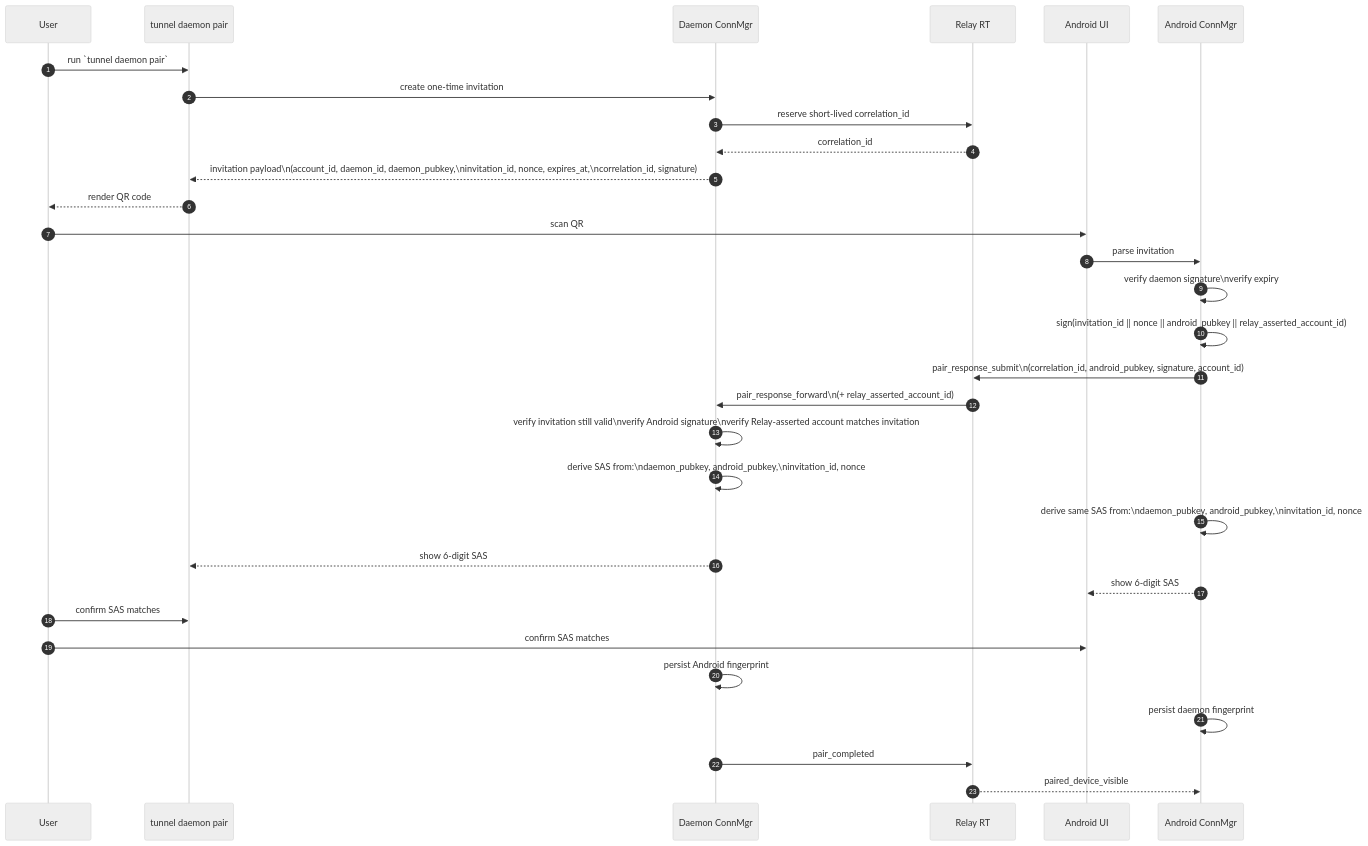
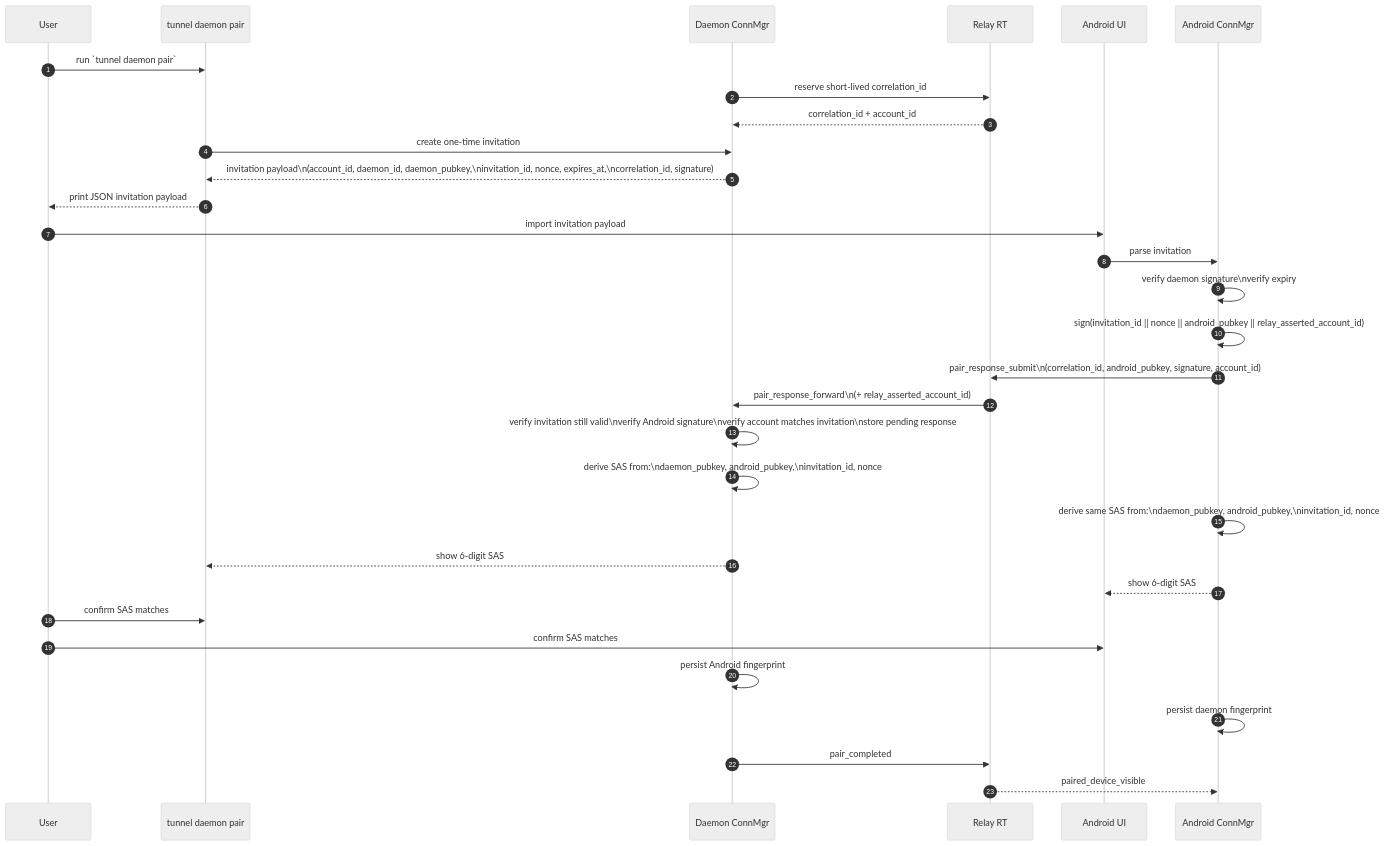
Before and after one commit to yuanbohan/agent-tunnel: the second of 8 diagrams in docs/connectivity/reference/sequence-flows.md, drawn with Mermaid (neutral theme). The commit also changed 77 other files, not shown here.

````diff
--- a/docs/connectivity/reference/sequence-flows.md
+++ b/docs/connectivity/reference/sequence-flows.md
@@ -58,38 +58,38 @@
 ```mermaid
 sequenceDiagram
     autonumber
     participant User
     participant DaemonCLI as tunnel daemon pair
     participant DaemonConn as Daemon ConnMgr
     participant RelayRT as Relay RT
     participant AndroidUI as Android UI
     participant AndroidConn as Android ConnMgr
 
     User->>DaemonCLI: run `tunnel daemon pair`
+    DaemonConn->>RelayRT: reserve short-lived correlation_id
+    RelayRT-->>DaemonConn: correlation_id + account_id
     DaemonCLI->>DaemonConn: create one-time invitation
-    DaemonConn->>RelayRT: reserve short-lived correlation_id
-    RelayRT-->>DaemonConn: correlation_id
     DaemonConn-->>DaemonCLI: invitation payload\n(account_id, daemon_id, daemon_pubkey,\ninvitation_id, nonce, expires_at,\ncorrelation_id, signature)
-    DaemonCLI-->>User: render QR code
+    DaemonCLI-->>User: print JSON invitation payload
 
-    User->>AndroidUI: scan QR
+    User->>AndroidUI: import invitation payload
     AndroidUI->>AndroidConn: parse invitation
     AndroidConn->>AndroidConn: verify daemon signature\nverify expiry
     AndroidConn->>AndroidConn: sign(invitation_id || nonce || android_pubkey || relay_asserted_account_id)
     AndroidConn->>RelayRT: pair_response_submit\n(correlation_id, android_pubkey, signature, account_id)
     RelayRT->>DaemonConn: pair_response_forward\n(+ relay_asserted_account_id)
-    DaemonConn->>DaemonConn: verify invitation still valid\nverify Android signature\nverify Relay-asserted account matches invitation
+    DaemonConn->>DaemonConn: verify invitation still valid\nverify Android signature\nverify account matches invitation\nstore pending response
 
     DaemonConn->>DaemonConn: derive SAS from:\ndaemon_pubkey, android_pubkey,\ninvitation_id, nonce
     AndroidConn->>AndroidConn: derive same SAS from:\ndaemon_pubkey, android_pubkey,\ninvitation_id, nonce
 
     DaemonConn-->>DaemonCLI: show 6-digit SAS
     AndroidConn-->>AndroidUI: show 6-digit SAS
     User->>DaemonCLI: confirm SAS matches
     User->>AndroidUI: confirm SAS matches
 
     DaemonConn->>DaemonConn: persist Android fingerprint
     AndroidConn->>AndroidConn: persist daemon fingerprint
     DaemonConn->>RelayRT: pair_completed
     RelayRT-->>AndroidConn: paired_device_visible
 ```
````
